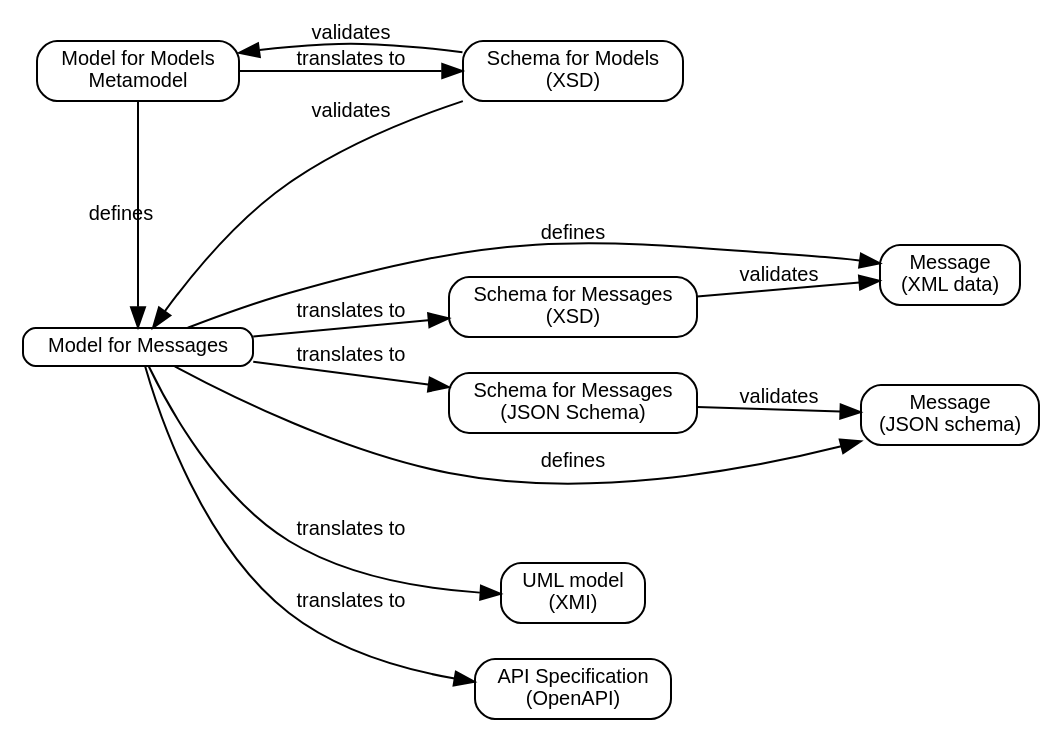
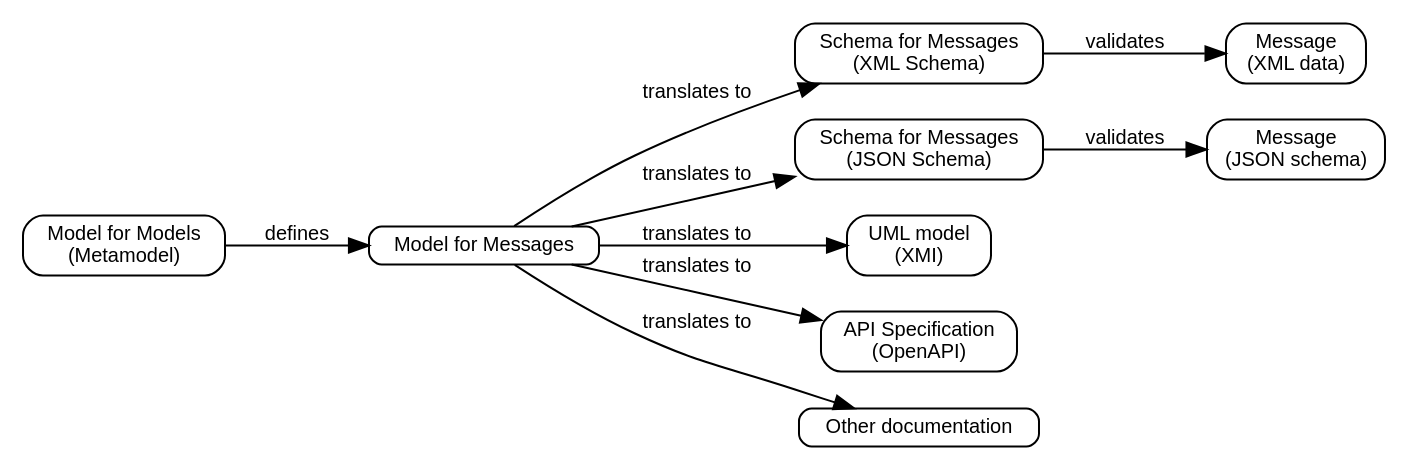
Before and after one commit to webb/niem-metamodel: the diagram in metamodel-tools.dot, drawn with Graphviz. The commit also changed 3 other files, not shown here.

```diff
--- a/metamodel-tools.dot
+++ b/metamodel-tools.dot
@@ -1,47 +1,32 @@
 digraph G {
   layout = dot;
   edge [fontname = "Helvetica", fontsize = 10, dir = forward];
   node [fontname = "Helvetica", fontsize = 10, width = 0, height = 0, label="\N\l"];
   rankdir = LR;
 
   node [shape=box, style=rounded];
 
   { rank = same;
   message_xml [label="Message\n(XML data)"];
   message_json [label="Message\n(JSON schema)"];
   }
   
   { rank = same;
-  schema_xsd [label="Schema for Messages\n(XSD)"];
+  schema_xsd [label="Schema for Messages\n(XML Schema)"];
   schema_json [label="Schema for Messages\n(JSON Schema)"];
   uml_model [label="UML model\n(XMI)"];
   api_spec [label="API Specification\n(OpenAPI)"];
+  docs [label="Other documentation"];
+
   }
   
-  { rank = same; model; metamodel; }
-
-  edge [label="validates"];
-  schema_xsd -> message_xml;
-  schema_json -> message_json;
+  schema_xsd -> message_xml [label="validates"];
+  schema_json -> message_json [label="validates"];
 
   model [label="Model for Messages\n"];
-  model -> { schema_xsd schema_json uml_model api_spec }  [label="translates to"];
-  model -> { message_xml message_json } [label="defines"];
-  
+  model -> { schema_xsd schema_json uml_model api_spec docs }  [label="translates to"];
 
-//  trans [label="Model-to-XSD transformer\n(XSLT)"];
-//  model -> trans -> schema;
-
-  metaschema [label="Schema for Models\n(XSD)"];
-  metaschema -> model [label="validates"];
-
-  metamodel [label="Model for Models\nMetamodel"];
+  metamodel [label="Model for Models\n(Metamodel)"];
   metamodel -> model [label="defines"];
 
-//  trans2 [label="Model-to-XSD transformer\n(XSLT)"];
-  metamodel -> metaschema [label="translates to"];
-
-  metaschema -> metamodel [label="validates"];
-  
-
 }
```
